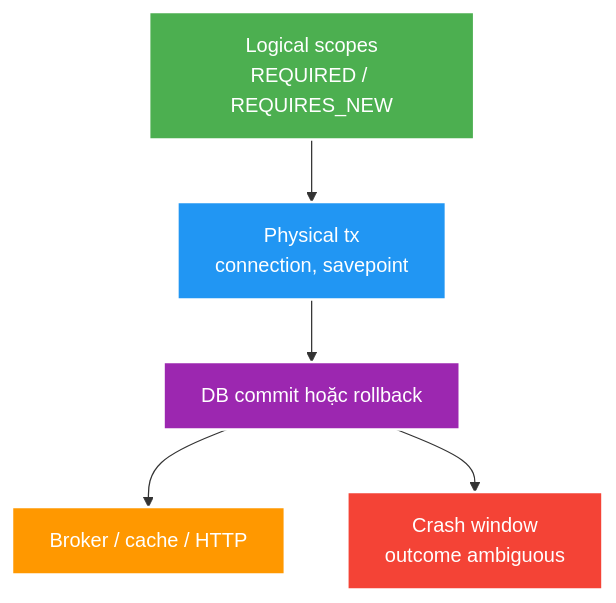
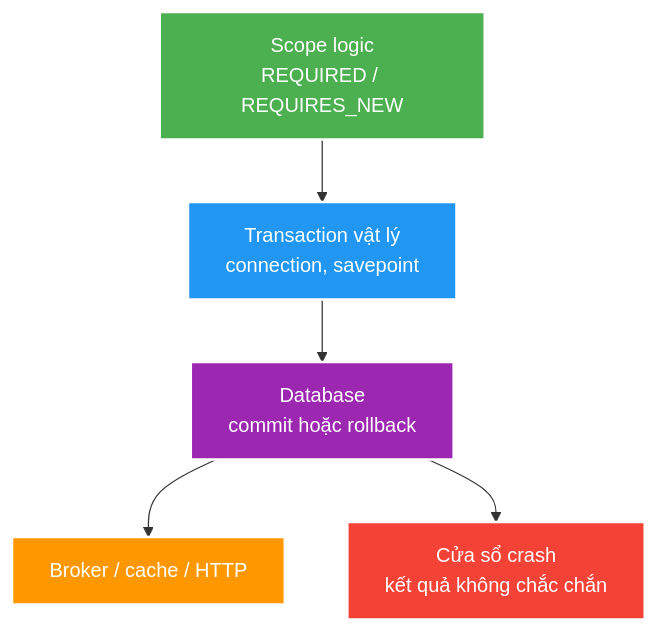
One commit to HungPhan200591/live-stream-backend changed the diagram in docs/learning/topics/spring/theory/deep-dives/transaction-propagation-isolation-and-crash-windows.md. Above: the diagram before and after it, drawn with Mermaid. The commit also changed other lines of this file and 177 other files, not shown here.

````diff
--- a/docs/learning/topics/spring/theory/deep-dives/transaction-propagation-isolation-and-crash-windows.md
+++ b/docs/learning/topics/spring/theory/deep-dives/transaction-propagation-isolation-and-crash-windows.md
@@ -18,12 +18,12 @@
 ```mermaid
 flowchart TB
-    L["Logical scopes<br/>REQUIRED / REQUIRES_NEW"] --> P["Physical tx<br/>connection, savepoint"]
-    P --> C["DB commit hoặc rollback"]
+    L["Scope logic<br/>REQUIRED / REQUIRES_NEW"] --> P["Transaction vật lý<br/>connection, savepoint"]
+    P --> C["Database<br/>commit hoặc rollback"]
     C --> E["Broker / cache / HTTP"]
-    C --> X["Crash window<br/>outcome ambiguous"]
+    C --> X["Cửa sổ crash<br/>kết quả không chắc chắn"]
     style L fill:#4CAF50,stroke:#fff,stroke-width:2px,color:#fff
     style P fill:#2196F3,stroke:#fff,stroke-width:2px,color:#fff
     style C fill:#9C27B0,stroke:#fff,stroke-width:2px,color:#fff
     style E fill:#FF9800,stroke:#fff,stroke-width:2px,color:#fff
     style X fill:#F44336,stroke:#fff,stroke-width:2px,color:#fff
 ```
````
